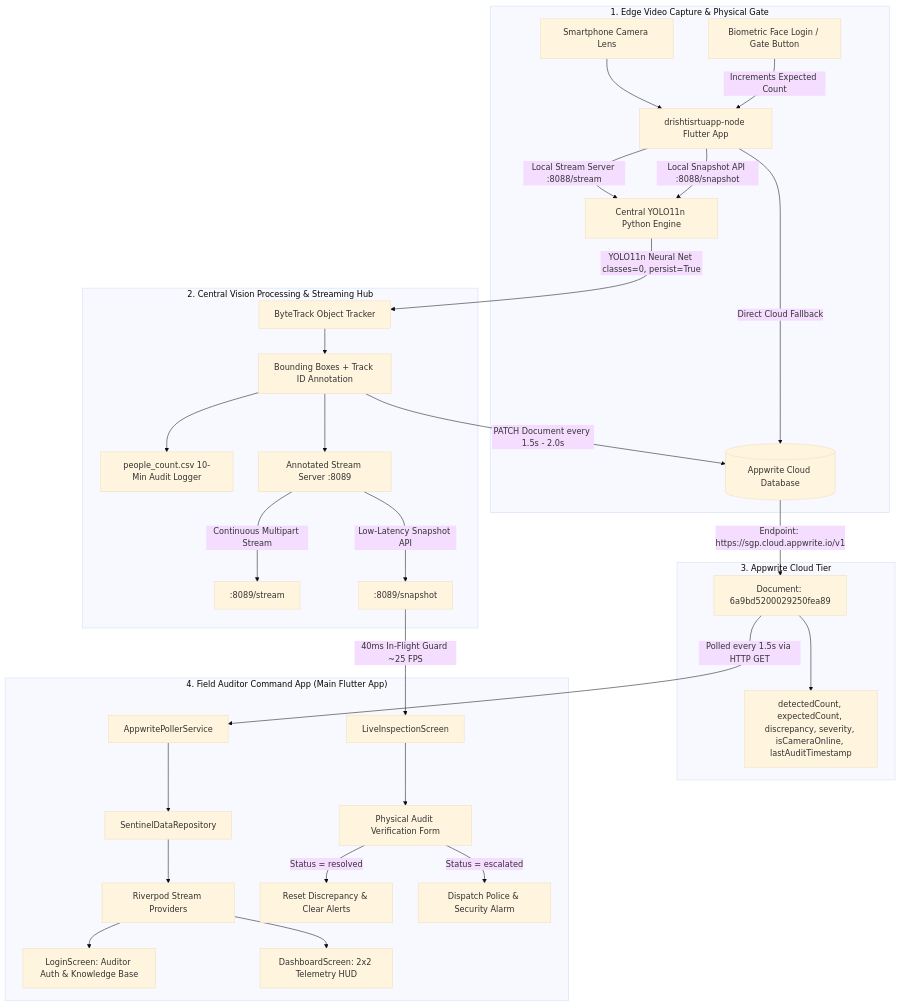
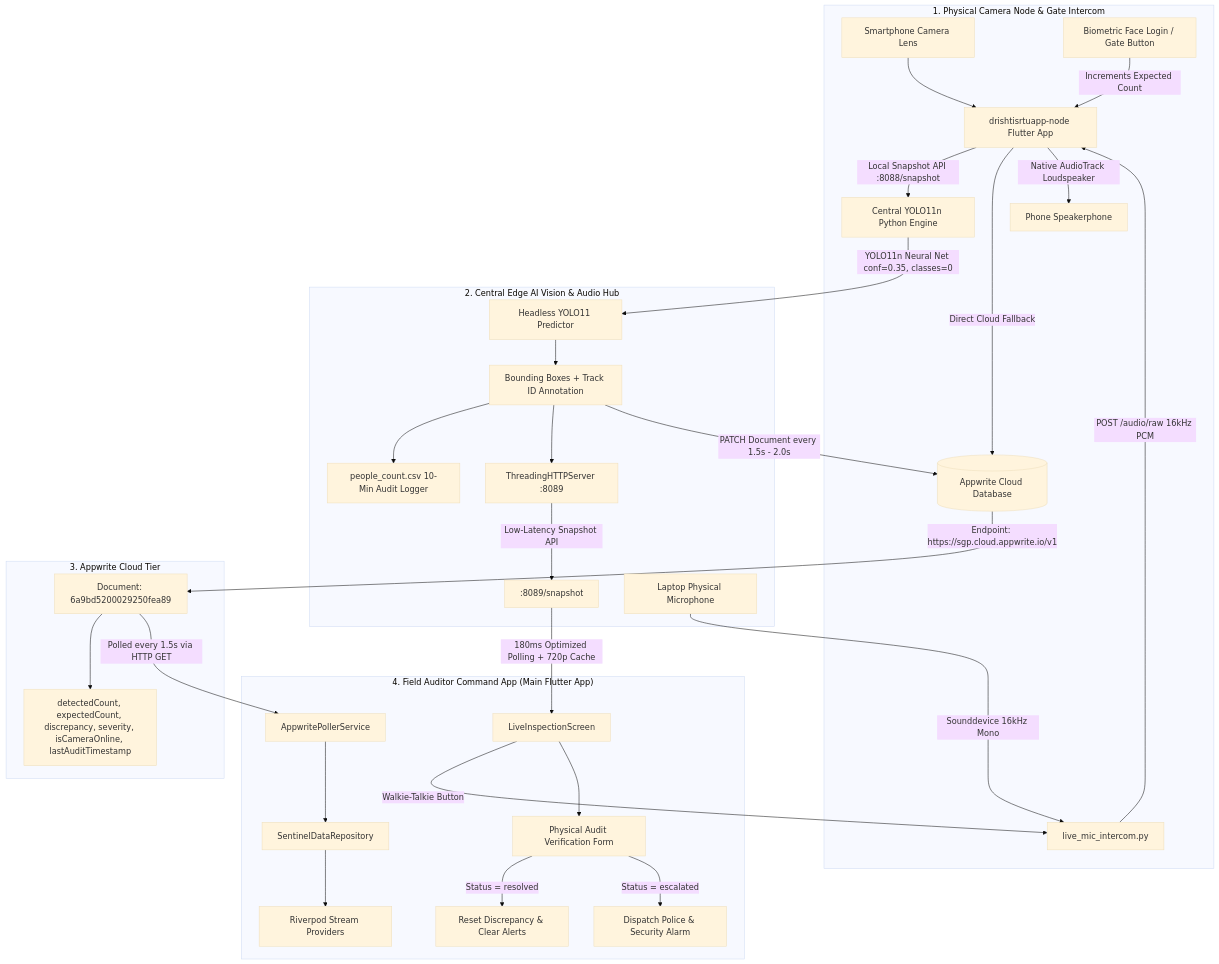
One commit to Aditya-S06-singh/SIH-TEAM_DRIPPEACOCK_DRISHTISETU changed the diagram in learnpage.md. Above: the diagram before and after it, drawn with Mermaid (base theme). The commit also changed other lines of this file, not shown here.

Commit message:
docs: update learnpage.md with v3.5.1 architecture, optimizations, Option A AI and walkie-talkie guide

````diff
--- a/learnpage.md
+++ b/learnpage.md
@@ -35,37 +33,37 @@
 ```mermaid
 graph TD
-    subgraph "1. Edge Video Capture & Physical Gate"
+    subgraph "1. Physical Camera Node & Gate Intercom"
         PHONE_CAM[Smartphone Camera Lens] --> NODE_APP[drishtisrtuapp-node Flutter App]
-        NODE_APP -->|Local Stream Server :8088/stream| YOLO_PY[Central YOLO11n Python Engine]
-        NODE_APP -->|Local Snapshot API :8088/snapshot| YOLO_PY
+        NODE_APP -->|Local Snapshot API :8088/snapshot| YOLO_PY[Central YOLO11n Python Engine]
         NODE_APP -->|Direct Cloud Fallback| APPWRITE[(Appwrite Cloud Database)]
         TURNSTILE[Biometric Face Login / Gate Button] -->|Increments Expected Count| NODE_APP
+        MIC_BRIDGE[live_mic_intercom.py] -->|POST /audio/raw 16kHz PCM| NODE_APP
+        NODE_APP -->|Native AudioTrack Loudspeaker| SPEAKER[Phone Speakerphone]
     end
 
-    subgraph "2. Central Vision Processing & Streaming Hub"
-        YOLO_PY -->|YOLO11n Neural Net classes=0, persist=True| TRACKER[ByteTrack Object Tracker]
-        TRACKER --> DRAW[Bounding Boxes + Track ID Annotation]
+    subgraph "2. Central Edge AI Vision & Audio Hub"
+        YOLO_PY -->|YOLO11n Neural Net conf=0.35, classes=0| INFERENCE[Headless YOLO11 Predictor]
+        INFERENCE --> DRAW[Bounding Boxes + Track ID Annotation]
         DRAW --> CSV_LOG[people_count.csv 10-Min Audit Logger]
-        DRAW --> MJPEG_SRV[Annotated Stream Server :8089]
-        MJPEG_SRV -->|Continuous Multipart Stream| STR_OUT[:8089/stream]
+        DRAW --> MJPEG_SRV[ThreadingHTTPServer :8089]
         MJPEG_SRV -->|Low-Latency Snapshot API| SNAP_OUT[:8089/snapshot]
         DRAW -->|PATCH Document every 1.5s - 2.0s| APPWRITE
+        AUDITOR_MIC[Laptop Physical Microphone] -->|Sounddevice 16kHz Mono| MIC_BRIDGE
     end
 
     subgraph "3. Appwrite Cloud Tier"
         APPWRITE -->|Endpoint: https://sgp.cloud.appwrite.io/v1| DOC[Document: 6a9bd5200029250fea89]
         DOC --> DB_FIELDS["detectedCount, expectedCount, discrepancy, severity, isCameraOnline, lastAuditTimestamp"]
     end
 
     subgraph "4. Field Auditor Command App (Main Flutter App)"
         DOC -->|Polled every 1.5s via HTTP GET| POLLER[AppwritePollerService]
         POLLER --> REPO[SentinelDataRepository]
         REPO --> RIV_STREAM[Riverpod Stream Providers]
-        RIV_STREAM --> LOGIN[LoginScreen: Auditor Auth & Knowledge Base]
-        RIV_STREAM --> DASH[DashboardScreen: 2x2 Telemetry HUD]
-        SNAP_OUT -->|40ms In-Flight Guard ~25 FPS| INSP[LiveInspectionScreen]
+        SNAP_OUT -->|180ms Optimized Polling + 720p Cache| INSP[LiveInspectionScreen]
+        INSP -->|Walkie-Talkie Button| MIC_BRIDGE
         INSP --> FORM[Physical Audit Verification Form]
         FORM -->|Status = resolved| CLEAR[Reset Discrepancy & Clear Alerts]
         FORM -->|Status = escalated| POLICE[Dispatch Police & Security Alarm]
     end
 ```
````
